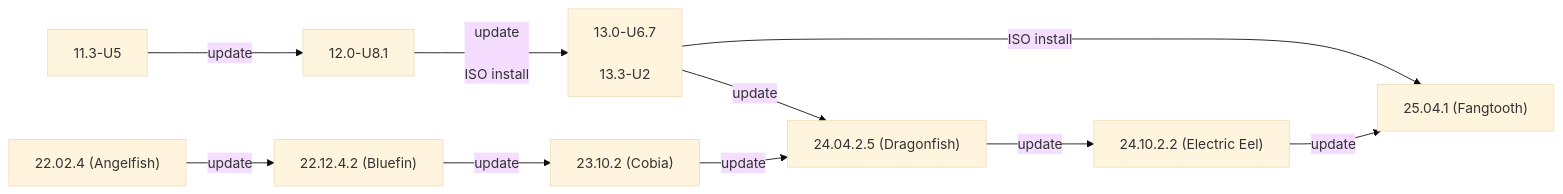
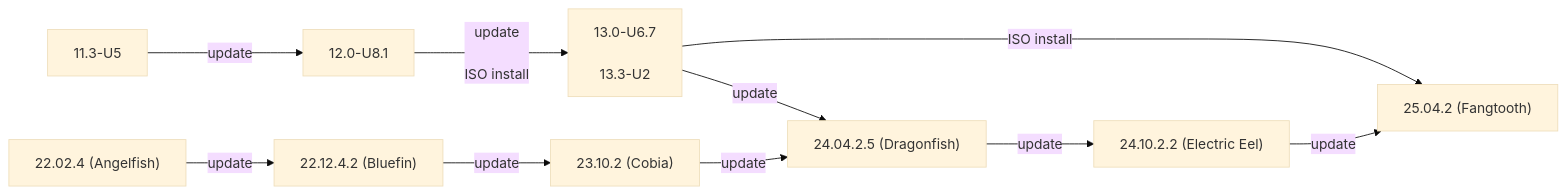
Before and after one commit to truenas/documentation: the first of 2 diagrams in static/includes/SCALEUpgradePaths.md, drawn with Mermaid (base theme).

Commit message:
PD-1996 Update Upgrade Path
This commit updates the SCALEUpgradePaths.md to show 25.04.2 in line 78

```diff
--- a/static/includes/SCALEUpgradePaths.md
+++ b/static/includes/SCALEUpgradePaths.md
@@ -67,13 +67,13 @@
           {{< mermaid class="mermaid_sizing" >}}
           flowchart LR
             A["11.3-U5"] -->|update| B["12.0-U8.1"]
             B -->|"update<br><br>ISO install"| C["13.0-U6.7<br><br>13.3-U2"]
             C -->|update| G
             C -->|ISO install| I
             D["22.02.4 (Angelfish)"] -->|update| E
             E["22.12.4.2 (Bluefin)"] -->|update| F
             F["23.10.2 (Cobia)"] -->|update| G
             G["24.04.2.5 (Dragonfish)"] -->|update| H
             H["24.10.2.2 (Electric Eel)"] -->|update| I
-            I["25.04.1 (Fangtooth)"]
+            I["25.04.2 (Fangtooth)"]
           {{< /mermaid >}}
```
